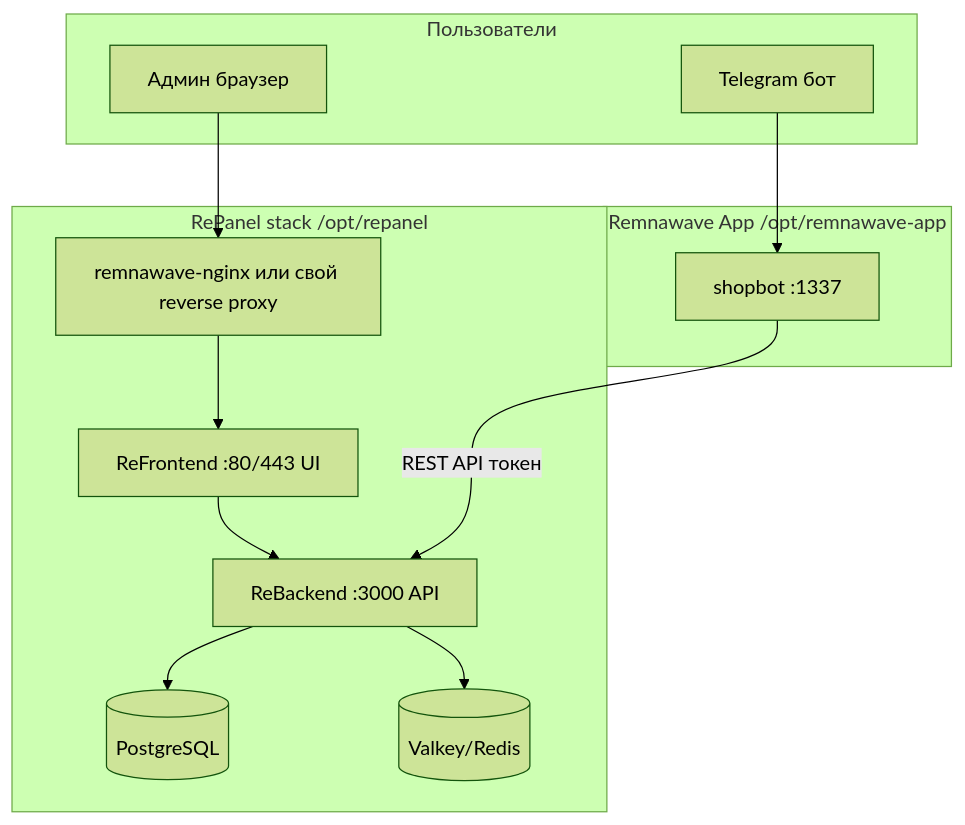
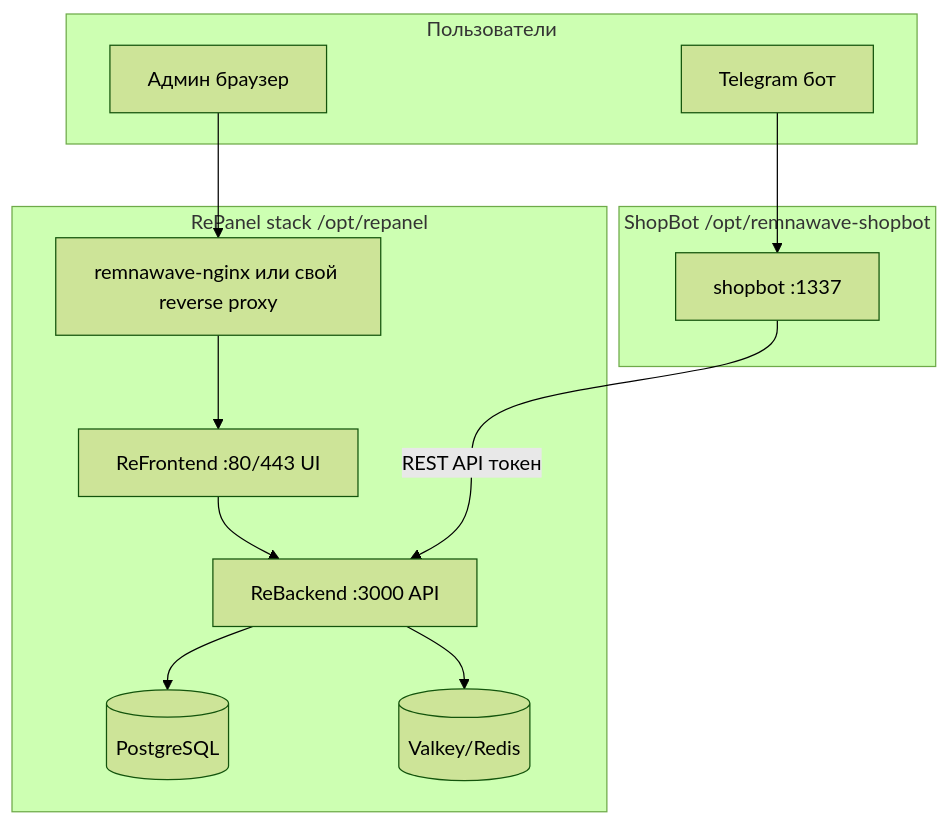
The diagram in docs/RE-PANEL-INSTALL.md (kissesses/remnawave-app-new), drawn with Mermaid (forest theme) before and after one commit. The commit also changed other lines of this file and 33 other files, not shown here.

First line of the commit message:
Release v1.0.4: timeline polish, onboarding checklist, and quality fixes.

````diff
--- a/docs/RE-PANEL-INSTALL.md
+++ b/docs/RE-PANEL-INSTALL.md
@@ -34,26 +38,26 @@
 ```mermaid
 flowchart TB
     subgraph users [Пользователи]
         Admin[Админ браузер]
         TG[Telegram бот]
     end
 
     subgraph repanel [RePanel stack /opt/repanel]
         Nginx[remnawave-nginx или свой reverse proxy]
         FE[ReFrontend :80/443 UI]
         BE[ReBackend :3000 API]
         DB[(PostgreSQL)]
         RD[(Valkey/Redis)]
     end
 
-    subgraph shopbot [Remnawave App /opt/remnawave-app]
+    subgraph shopbot [ShopBot /opt/remnawave-shopbot]
         SB[shopbot :1337]
     end
 
     Admin --> Nginx --> FE
     FE --> BE
     BE --> DB
     BE --> RD
     TG --> SB
     SB -->|REST API токен| BE
 ```
````
